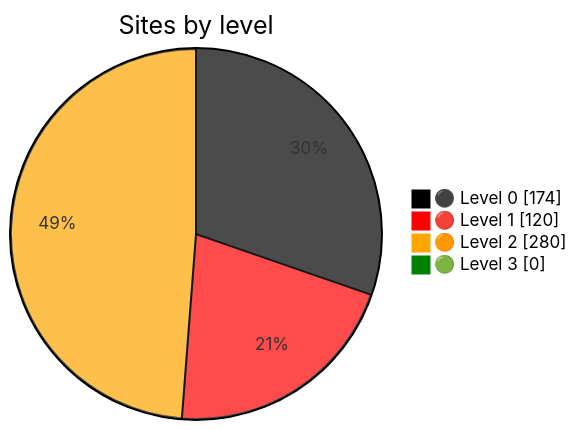
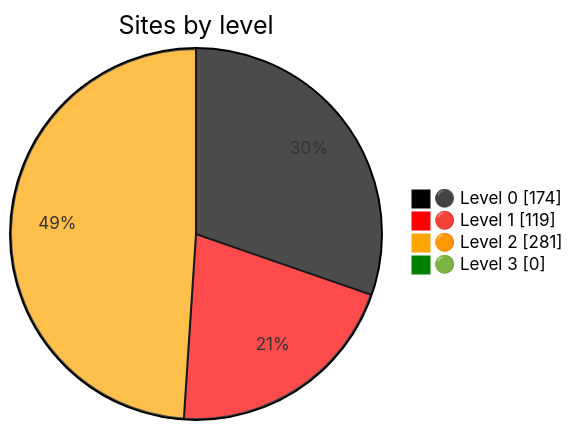
The diagram in README.md (Dushmilan/gov_lk_web_auditor), drawn with Mermaid before and after one commit. The commit also changed other lines of this file and 2574 other files, not shown here.

````diff
--- a/README.md
+++ b/README.md
@@ -24,9 +24,9 @@
 ```mermaid
 %%{init: {"themeVariables":{"pie1":"black","pie2":"red","pie3":"orange","pie4":"green"}}}%%
 pie showData
     title Sites by level
     "⚫ Level 0" : 174
-    "🔴 Level 1" : 120
-    "🟠 Level 2" : 280
+    "🔴 Level 1" : 119
+    "🟠 Level 2" : 281
     "🟢 Level 3" : 0
 ```
````
